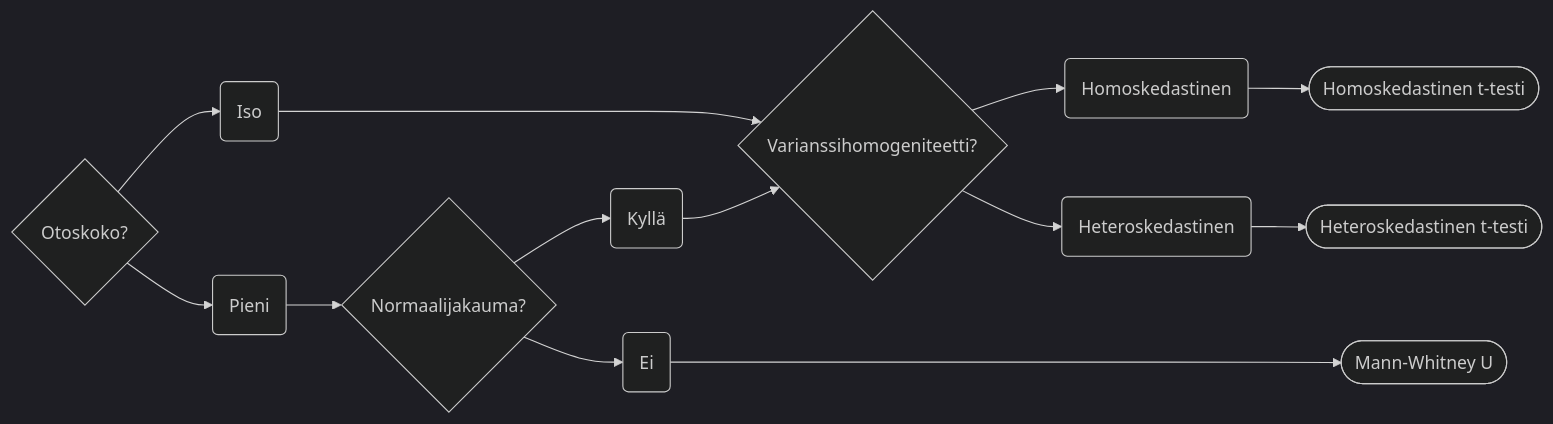
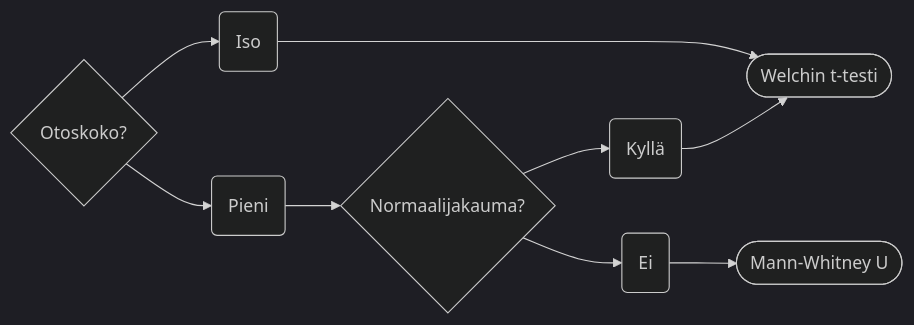
The third of 3 diagrams in ttesti.qmd (osaal/KVANT-23-PEO), drawn with Mermaid (dark theme) before and after one commit. The commit also changed other lines of this file and 63 other files, not shown here.

````diff
--- a/ttesti.qmd
+++ b/ttesti.qmd
@@ -140,17 +143,14 @@
 ```{mermaid}
 %%| label: fig-t-kahden-eri-kulkukaavio
 %%| fig-cap: Kahden muuttujan testin valitseminen, kun yksiköt ovat eri
 flowchart LR
   A{Otoskoko?} --> B
   A --> C
   B(Pieni) --> D
   C(Iso) ----> G
   D{Normaalijakauma?} --> E
   D --> F
   E(Kyllä) --> G
-  F(Ei) ----> 2([Mann-Whitney U])
-  G{Varianssihomogeniteetti?} --> H
-  G --> I
-  H(Homoskedastinen) --> 3([Homoskedastinen t-testi])
-  I(Heteroskedastinen) --> 4([Heteroskedastinen t-testi])
+  F(Ei) --> 2([Mann-Whitney U])
+  G([Welchin t-testi])
 ```
````
